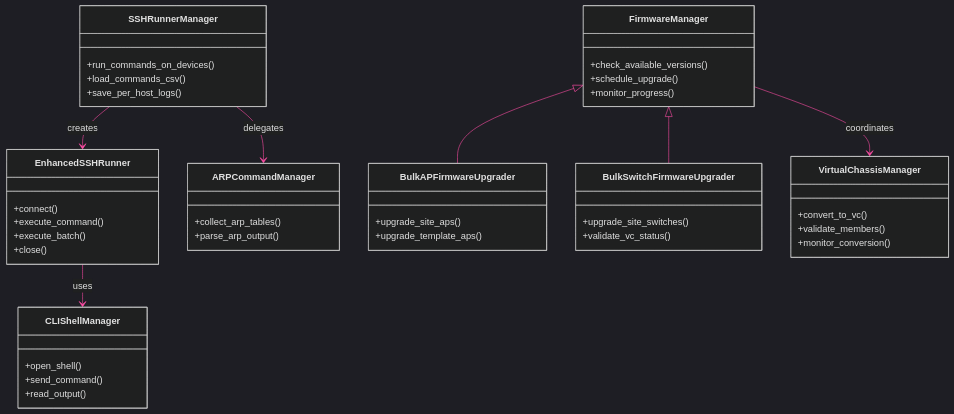
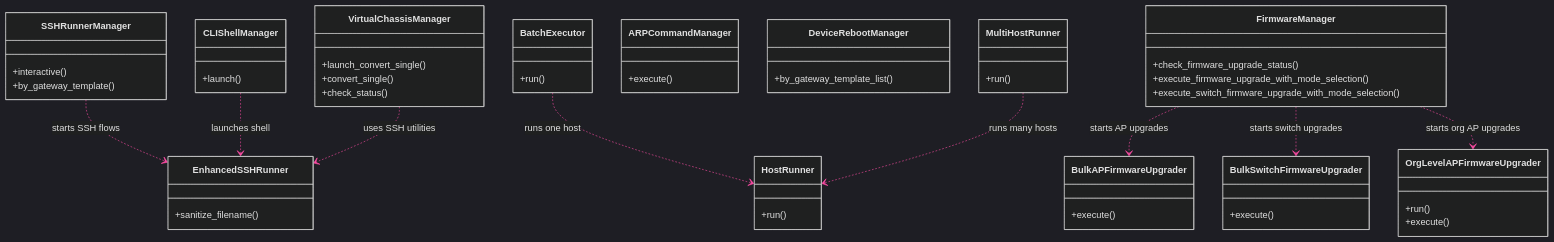
The second of 3 diagrams in documentation/diagrams/class-hierarchy/managers.md (jmorrison-juniper/MistHelper), drawn with Mermaid before and after one commit. The commit also changed other lines of this file and 110 other files, not shown here.

````diff
--- a/documentation/diagrams/class-hierarchy/managers.md
+++ b/documentation/diagrams/class-hierarchy/managers.md
@@ -63,66 +74,68 @@
 ```mermaid
 %%{init: {'theme': 'dark', 'themeVariables': {
   'primaryColor': '#E20074',
   'primaryTextColor': '#E0E0E0',
   'primaryBorderColor': '#99004D',
   'lineColor': '#FF4DA6',
   'secondaryColor': '#16213E',
   'tertiaryColor': '#1A1A2E',
   'fontFamily': 'ui-monospace, monospace'
 }}}%%
 classDiagram
     direction TB
 
     class EnhancedSSHRunner {
-        +connect()
-        +execute_command()
-        +execute_batch()
-        +close()
+        +sanitize_filename()
+    }
+    class SSHRunnerManager {
+        +interactive()
+        +by_gateway_template()
+    }
+    class CLIShellManager {
+        +launch()
+    }
+    class BatchExecutor {
+        +run()
+    }
+    class HostRunner {
+        +run()
+    }
+    class MultiHostRunner {
+        +run()
+    }
+    class ARPCommandManager {
+        +execute()
+    }
+    class DeviceRebootManager {
+        +by_gateway_template_list()
+    }
+    class VirtualChassisManager {
+        +launch_convert_single()
+        +convert_single()
+        +check_status()
+    }
+    class FirmwareManager {
+        +check_firmware_upgrade_status()
+        +execute_firmware_upgrade_with_mode_selection()
+        +execute_switch_firmware_upgrade_with_mode_selection()
+    }
+    class BulkAPFirmwareUpgrader {
+        +execute()
+    }
+    class BulkSwitchFirmwareUpgrader {
+        +execute()
+    }
+    class OrgLevelAPFirmwareUpgrader {
+        +run()
+        +execute()
     }
 
-    class SSHRunnerManager {
-        +run_commands_on_devices()
-        +load_commands_csv()
-        +save_per_host_logs()
-    }
-
-    class CLIShellManager {
-        +open_shell()
-        +send_command()
-        +read_output()
-    }
-
-    class ARPCommandManager {
-        +collect_arp_tables()
-        +parse_arp_output()
-    }
-
-    class FirmwareManager {
-        +check_available_versions()
-        +schedule_upgrade()
-        +monitor_progress()
-    }
-
-    class BulkAPFirmwareUpgrader {
-        +upgrade_site_aps()
-        +upgrade_template_aps()
-    }
-
-    class BulkSwitchFirmwareUpgrader {
-        +upgrade_site_switches()
-        +validate_vc_status()
-    }
-
-    class VirtualChassisManager {
-        +convert_to_vc()
-        +validate_members()
-        +monitor_conversion()
-    }
-
-    SSHRunnerManager --> EnhancedSSHRunner : creates
-    EnhancedSSHRunner --> CLIShellManager : uses
-    SSHRunnerManager --> ARPCommandManager : delegates
-    FirmwareManager <|-- BulkAPFirmwareUpgrader
-    FirmwareManager <|-- BulkSwitchFirmwareUpgrader
-    FirmwareManager --> VirtualChassisManager : coordinates
+    SSHRunnerManager ..> EnhancedSSHRunner : starts SSH flows
+    CLIShellManager ..> EnhancedSSHRunner : launches shell
+    BatchExecutor ..> HostRunner : runs one host
+    MultiHostRunner ..> HostRunner : runs many hosts
+    FirmwareManager ..> BulkAPFirmwareUpgrader : starts AP upgrades
+    FirmwareManager ..> BulkSwitchFirmwareUpgrader : starts switch upgrades
+    FirmwareManager ..> OrgLevelAPFirmwareUpgrader : starts org AP upgrades
+    VirtualChassisManager ..> EnhancedSSHRunner : uses SSH utilities
 ```
````
